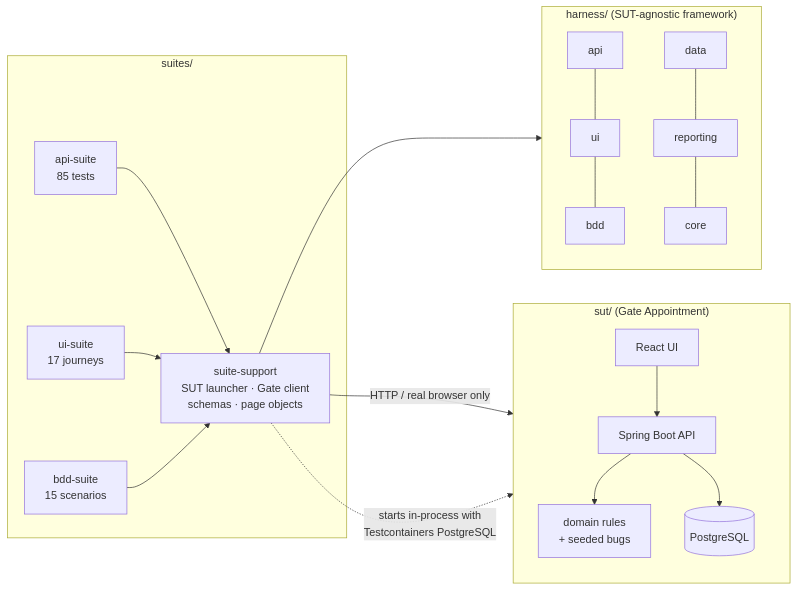
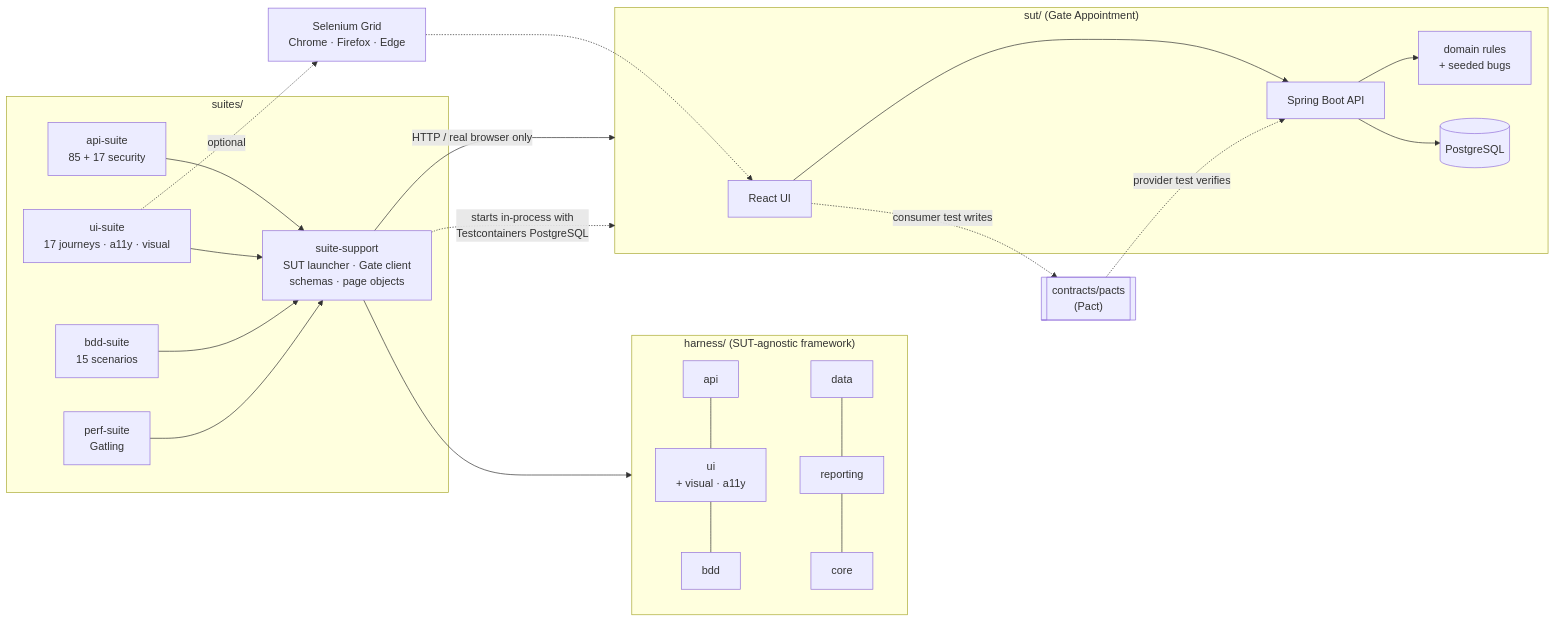
One commit to RaktimChandra/TestHarness changed the diagram in README.md. Above: the diagram before and after it, drawn with Mermaid. The commit also changed other lines of this file, not shown here.

First line of the commit message:
docs(readme): Phase 2 results, architecture with Pact and Grid, quick-start variations, roadmap

````diff
--- a/README.md
+++ b/README.md
@@ -55,20 +68,26 @@
 ```mermaid
 flowchart LR
   subgraph SUITES["suites/"]
-    SAPI["api-suite<br/>85 tests"]
-    SUI["ui-suite<br/>17 journeys"]
+    SAPI["api-suite<br/>85 + 17 security"]
+    SUI["ui-suite<br/>17 journeys · a11y · visual"]
     SBDD["bdd-suite<br/>15 scenarios"]
+    SPERF["perf-suite<br/>Gatling"]
     SUP["suite-support<br/>SUT launcher · Gate client<br/>schemas · page objects"]
   end
   subgraph FW["harness/ (SUT-agnostic framework)"]
-    HAPI["api"] --- HUI["ui"] --- BDD["bdd"]
+    HAPI["api"] --- HUI["ui<br/>+ visual · a11y"] --- BDD["bdd"]
     DATA["data"] --- REP["reporting"] --- CORE["core"]
   end
   subgraph SUT["sut/ (Gate Appointment)"]
     WEB["React UI"] --> API["Spring Boot API"] --> DOM["domain rules<br/>+ seeded bugs"]
     API --> PG[(PostgreSQL)]
   end
-  SAPI & SUI & SBDD --> SUP --> FW
+  PACT[["contracts/pacts<br/>(Pact)"]]
+  GRID["Selenium Grid<br/>Chrome · Firefox · Edge"]
+  WEB -. "consumer test writes" .-> PACT
+  PACT -. "provider test verifies" .-> API
+  SAPI & SUI & SBDD & SPERF --> SUP --> FW
   SUP -- "HTTP / real browser only" --> SUT
   SUP -. "starts in-process with<br/>Testcontainers PostgreSQL" .-> SUT
+  SUI -. "optional" .-> GRID -.-> WEB
 ```
````
